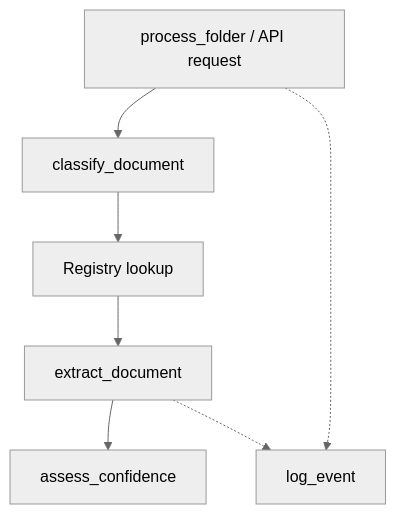
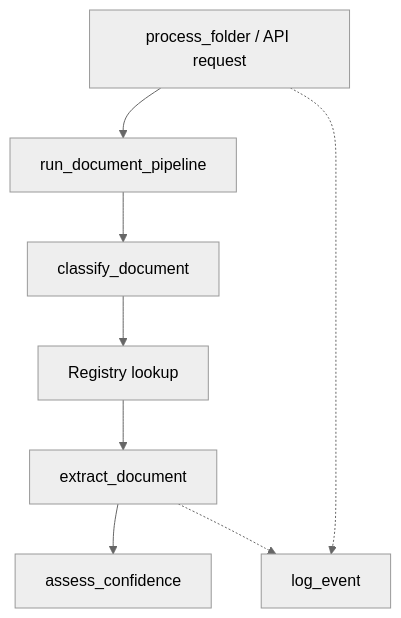
One commit to Gagan-Desai/ai-automation-portfolio changed the diagram in practice/project1-recruitment-document-processing/README.md. Above: the diagram before and after it, drawn with Mermaid (neutral theme). The commit also changed other lines of this file and 6 other files, not shown here.

Commit message:
Add API key authentication, refactor to shared pipeline.py, update README

````diff
--- a/practice/project1-recruitment-document-processing/README.md
+++ b/practice/project1-recruitment-document-processing/README.md
@@ -13,9 +13,10 @@
 ```mermaid
 graph TD
-    A[process_folder / API request] --> B[classify_document]
+    A[process_folder / API request] --> P[run_document_pipeline]
+    P --> B[classify_document]
     B --> C[Registry lookup]
     C --> D[extract_document]
     D --> E[assess_confidence]
     A -.-> F[log_event]
     D -.-> F
 ```
````
